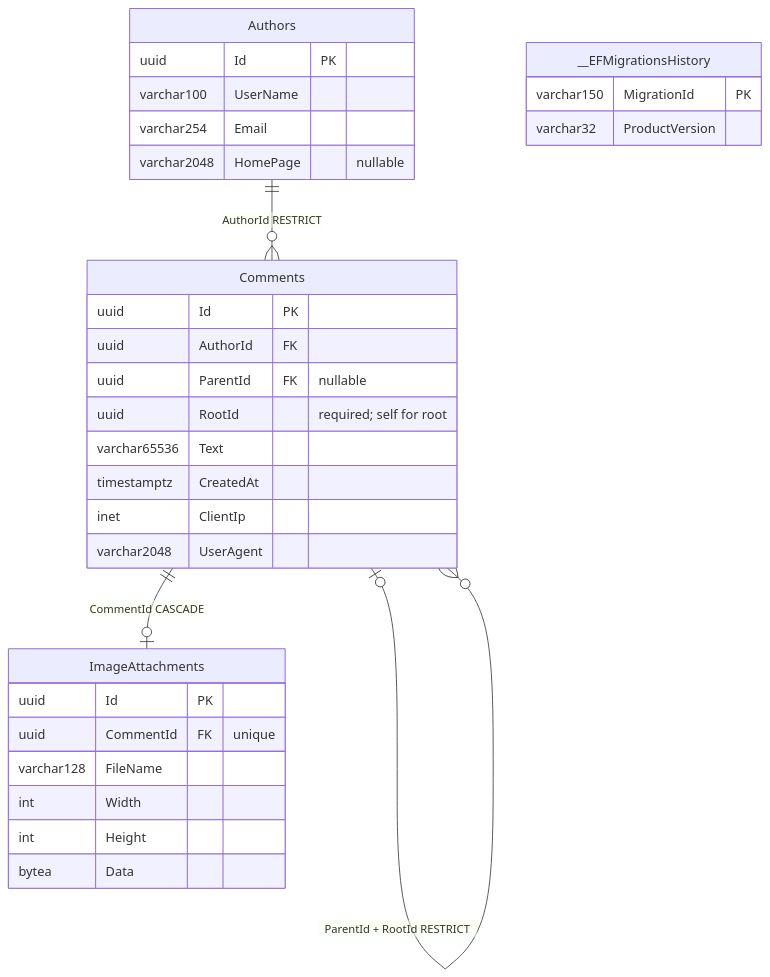
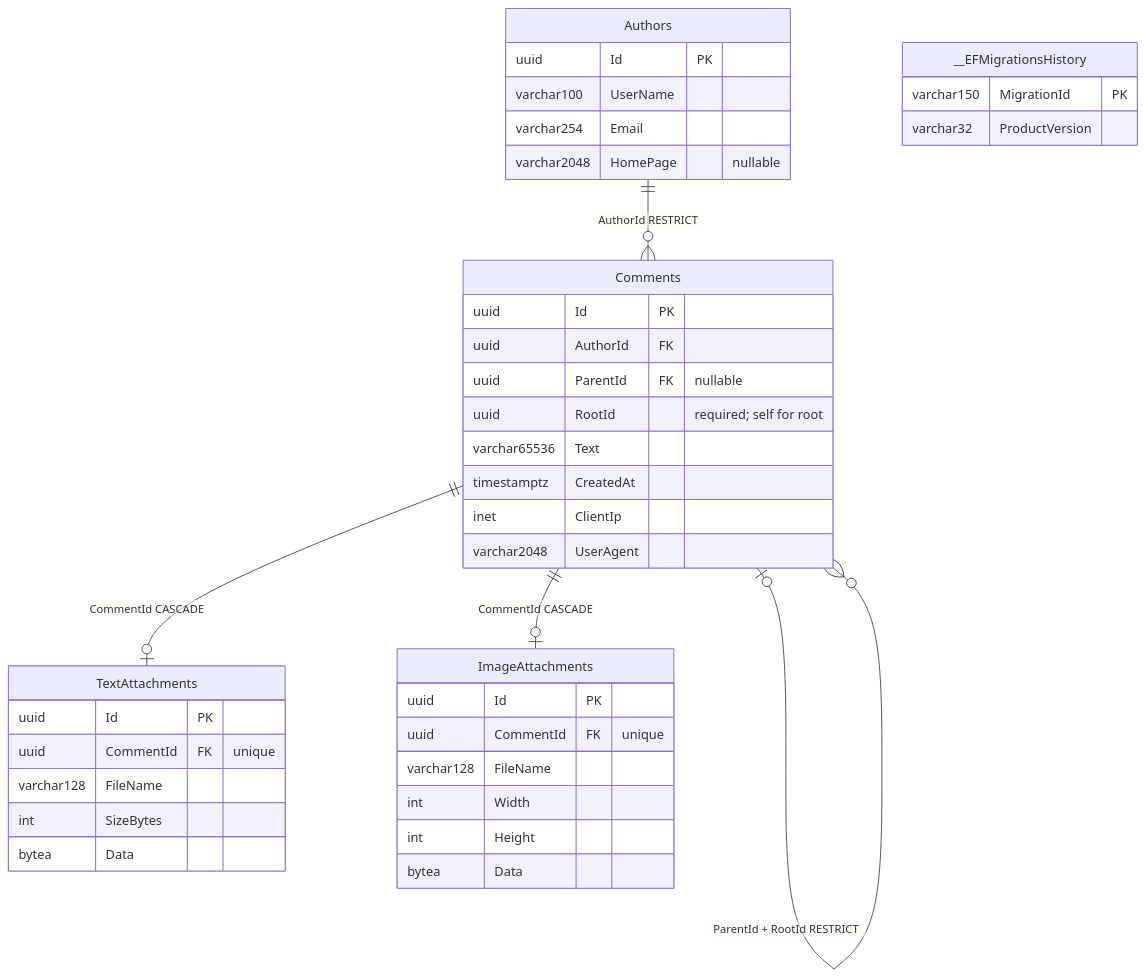
One commit to avysotsky/CommentsService changed the first of 2 diagrams in docs/database/SCHEMA.md. Above: the diagram before and after it, drawn with Mermaid. The commit also changed other lines of this file and 52 other files, not shown here.

Commit message:
feat(text-files): add validated UTF-8 TXT attachments and safe downloads

````diff
--- a/docs/database/SCHEMA.md
+++ b/docs/database/SCHEMA.md
@@ -113,34 +143,42 @@
 ```mermaid
 erDiagram
     Authors ||--o{ Comments : "AuthorId RESTRICT"
+    Comments ||--o| TextAttachments : "CommentId CASCADE"
     Comments ||--o| ImageAttachments : "CommentId CASCADE"
     Comments o|--o{ Comments : "ParentId + RootId RESTRICT"
     Authors {
         uuid Id PK
         varchar100 UserName
         varchar254 Email
         varchar2048 HomePage "nullable"
     }
     Comments {
         uuid Id PK
         uuid AuthorId FK
         uuid ParentId FK "nullable"
         uuid RootId "required; self for root"
         varchar65536 Text
         timestamptz CreatedAt
         inet ClientIp
         varchar2048 UserAgent
     }
+    TextAttachments {
+        uuid Id PK
+        uuid CommentId FK "unique"
+        varchar128 FileName
+        int SizeBytes
+        bytea Data
+    }
     ImageAttachments {
         uuid Id PK
         uuid CommentId FK "unique"
         varchar128 FileName
         int Width
         int Height
         bytea Data
     }
     __EFMigrationsHistory {
         varchar150 MigrationId PK
         varchar32 ProductVersion
     }
 ```
````
